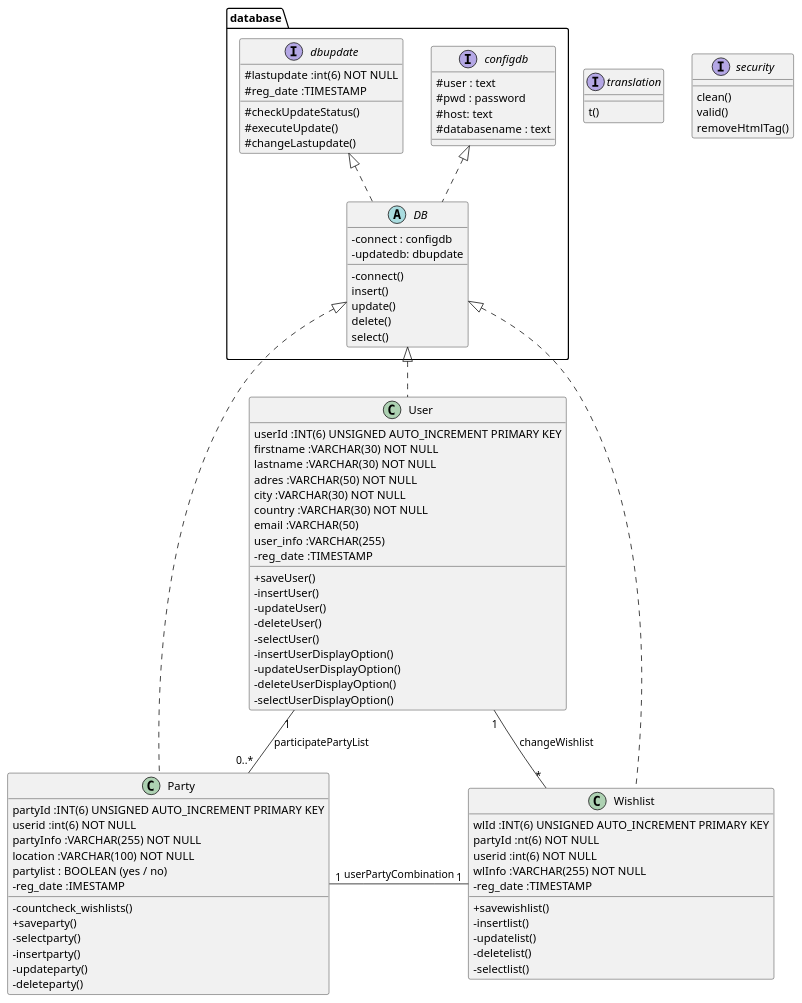
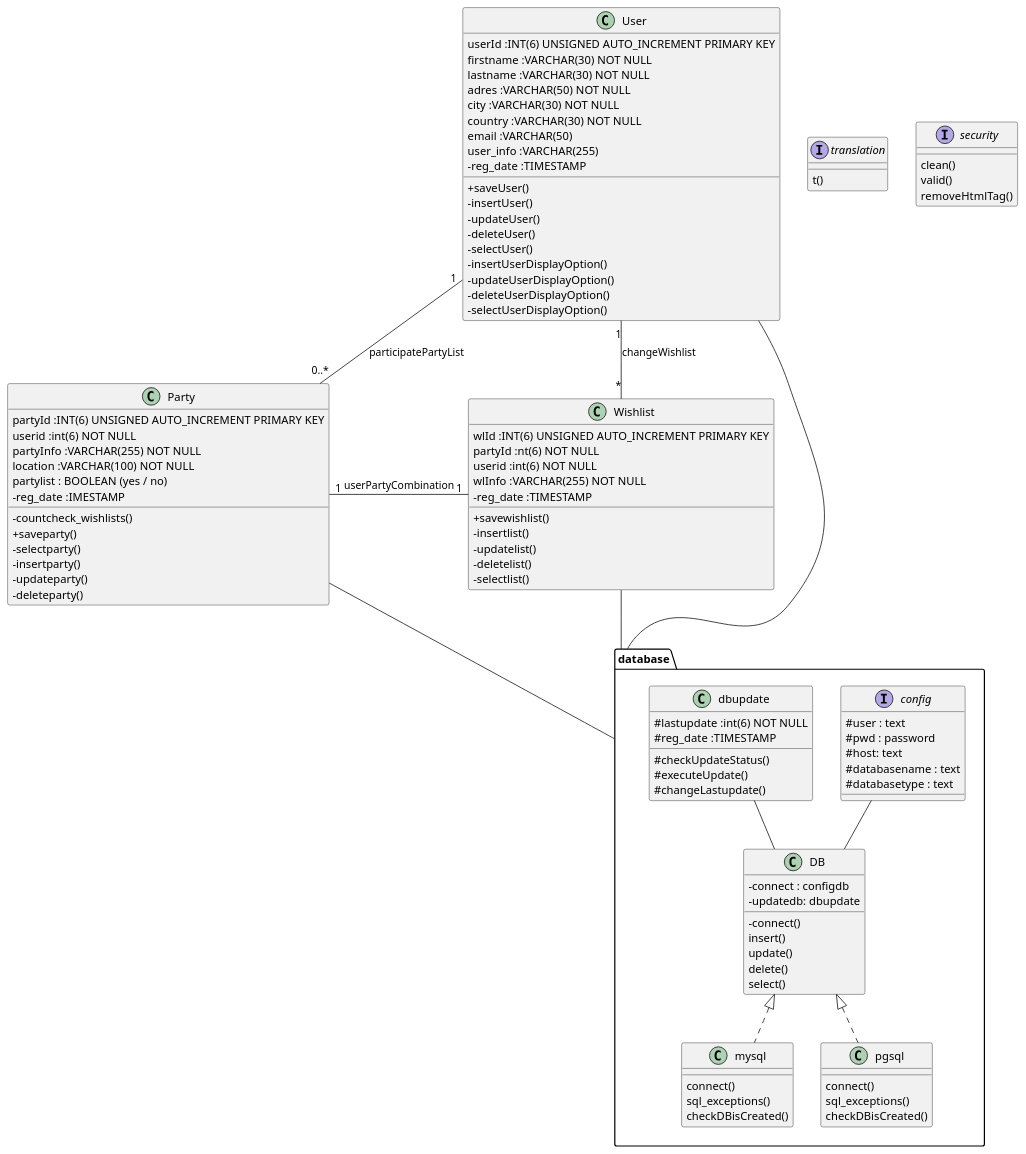
Before and after one commit to gwratsch/party: the diagram in uml/wishlist-classDiagram.puml, drawn with PlantUML. The commit also changed 12 other files, not shown here.

First line of the commit message:
mysql and pgsql classes

```diff
--- a/uml/wishlist-classDiagram.puml
+++ b/uml/wishlist-classDiagram.puml
@@ -1,97 +1,109 @@
 @startuml
 skinparam classAttributeIconSize 0
 
+package "database" {
+    class DB{
+        - connect : configdb
+        - updatedb: dbupdate
+        - connect()
+        insert()
+        update()
+        delete()
+        select()
+    }
+    interface config{
+        # user : text
+        # pwd : password
+        # host: text
+        # databasename : text
+        # databasetype : text
+    }
+    class dbupdate {
+        {field} # lastupdate :int(6) NOT NULL
+        {field} # reg_date :TIMESTAMP
+        # checkUpdateStatus()
+        # executeUpdate()
+        # changeLastupdate()
+    }
+    class mysql {
+        connect()
+        sql_exceptions()
+        checkDBisCreated()
+    }
+    class pgsql {
+        connect()
+        sql_exceptions()
+        checkDBisCreated()
+    }
+    config -- DB
+    dbupdate -- DB
+    DB <|.. mysql
+    DB <|.. pgsql
+
+}
 class User{
     {field} userId :INT(6) UNSIGNED AUTO_INCREMENT PRIMARY KEY 
     {field} firstname :VARCHAR(30) NOT NULL
     {field} lastname :VARCHAR(30) NOT NULL
     {field} adres :VARCHAR(50) NOT NULL
     {field} city :VARCHAR(30) NOT NULL
     {field} country :VARCHAR(30) NOT NULL
     {field} email :VARCHAR(50)
     {field} user_info :VARCHAR(255)
     {field} - reg_date :TIMESTAMP
     + saveUser()
     - insertUser()
     - updateUser()
     - deleteUser()
     - selectUser()
     - insertUserDisplayOption()
     - updateUserDisplayOption()
     - deleteUserDisplayOption()
     - selectUserDisplayOption()
 }
 
 class Party{
     {field} partyId :INT(6) UNSIGNED AUTO_INCREMENT PRIMARY KEY 
     {field} userid :int(6) NOT NULL
     {field} partyInfo :VARCHAR(255) NOT NULL
     {field} location :VARCHAR(100) NOT NULL
     {field} partylist : BOOLEAN (yes / no)
     {field} - reg_date :IMESTAMP
     {method} - countcheck_wishlists()
     +saveparty()
     -selectparty()
     -insertparty()
     -updateparty()
     -deleteparty()
 }
 class Wishlist{
     {field} wlId :INT(6) UNSIGNED AUTO_INCREMENT PRIMARY KEY
     {field} partyId :nt(6) NOT NULL
     {field} userid :int(6) NOT NULL
     {field} wlInfo :VARCHAR(255) NOT NULL
     {field} - reg_date :TIMESTAMP
     +savewishlist()
     -insertlist()
     -updatelist()
     -deletelist()
     -selectlist()
 }
 
 interface translation{
     t()
 }
     
 interface security{
     clean()
     valid()
     removeHtmlTag()
 }
 
-package "database" {
-    abstract DB{
-        - connect : configdb
-        - updatedb: dbupdate
-        - connect()
-        insert()
-        update()
-        delete()
-        select()
-    }
-    interface configdb{
-        # user : text
-        # pwd : password
-        # host: text
-        # databasename : text
-    }
-    interface dbupdate {
-        {field} # lastupdate :int(6) NOT NULL
-        {field} # reg_date :TIMESTAMP
-        # checkUpdateStatus()
-        # executeUpdate()
-        # changeLastupdate()
-    }
-    configdb <|.. DB
-    dbupdate <|.. DB
-
-}
-
-DB <|.. User
-DB <|.. Party
-DB <|.. Wishlist
+User -- database
+Wishlist -- database
+Party -- database
 User "1" -- "0..*" Party : participatePartyList
 Party "1" -right- "1" Wishlist : userPartyCombination
 User "1" -- "*" Wishlist : changeWishlist
 
 @enduml
```
